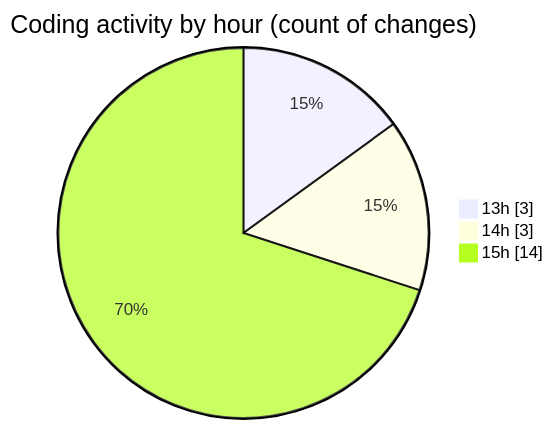
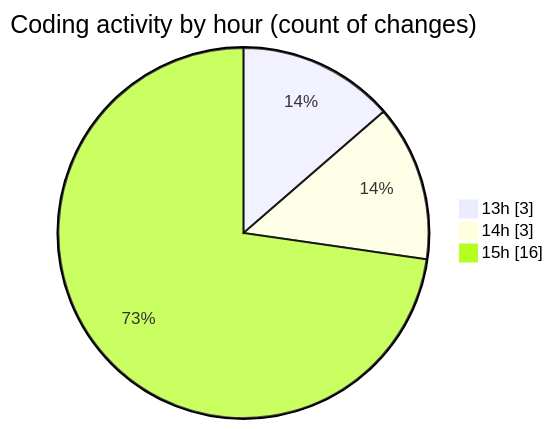
One commit to idhammustaqopulfikri/code-tracking changed the second of 2 diagrams in 2025-06-15/studio-backend/README.md. Above: the diagram before and after it, drawn with Mermaid. The commit also changed other lines of this file and 1 other file, not shown here.

````diff
--- a/2025-06-15/studio-backend/README.md
+++ b/2025-06-15/studio-backend/README.md
@@ -37,7 +38,7 @@
 ```mermaid
 pie showData
 title Coding activity by hour (count of changes)
 "13h" : 3
 "14h" : 3
-"15h" : 14
+"15h" : 16
 ```
````
